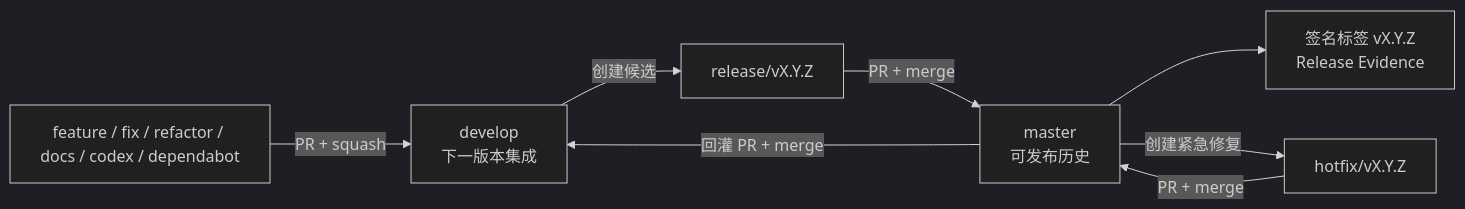
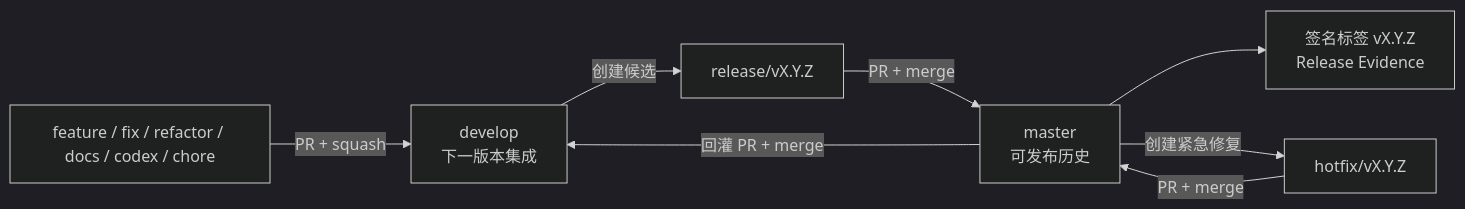
Before and after one commit to ddd-mall/j-store: the diagram in docs/operations/branch-management.md, drawn with Mermaid (dark theme). The commit also changed other lines of this file and 13 other files, not shown here.

````diff
--- a/docs/operations/branch-management.md
+++ b/docs/operations/branch-management.md
@@ -7,17 +7,17 @@
 ```mermaid
 flowchart LR
     D["develop<br/>下一版本集成"]
     M["master<br/>可发布历史"]
-    S["feature / fix / refactor / docs / codex / dependabot"]
+    S["feature / fix / refactor / docs / codex / chore"]
     R["release/vX.Y.Z"]
     H["hotfix/vX.Y.Z"]
     T["签名标签 vX.Y.Z<br/>Release Evidence"]
 
     S -->|"PR + squash"| D
     D -->|"创建候选"| R
     R -->|"PR + merge"| M
     M --> T
     M -->|"创建紧急修复"| H
     H -->|"PR + merge"| M
     M -->|"回灌 PR + merge"| D
 ```
````
